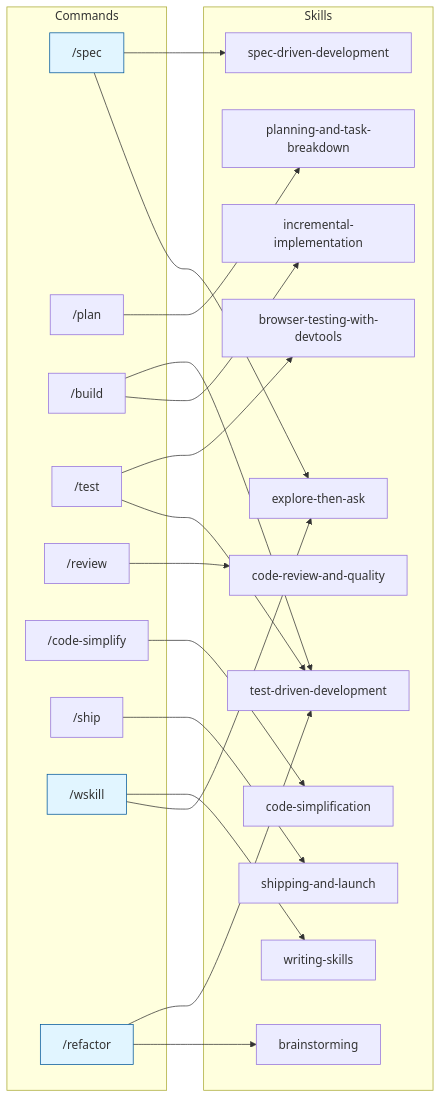
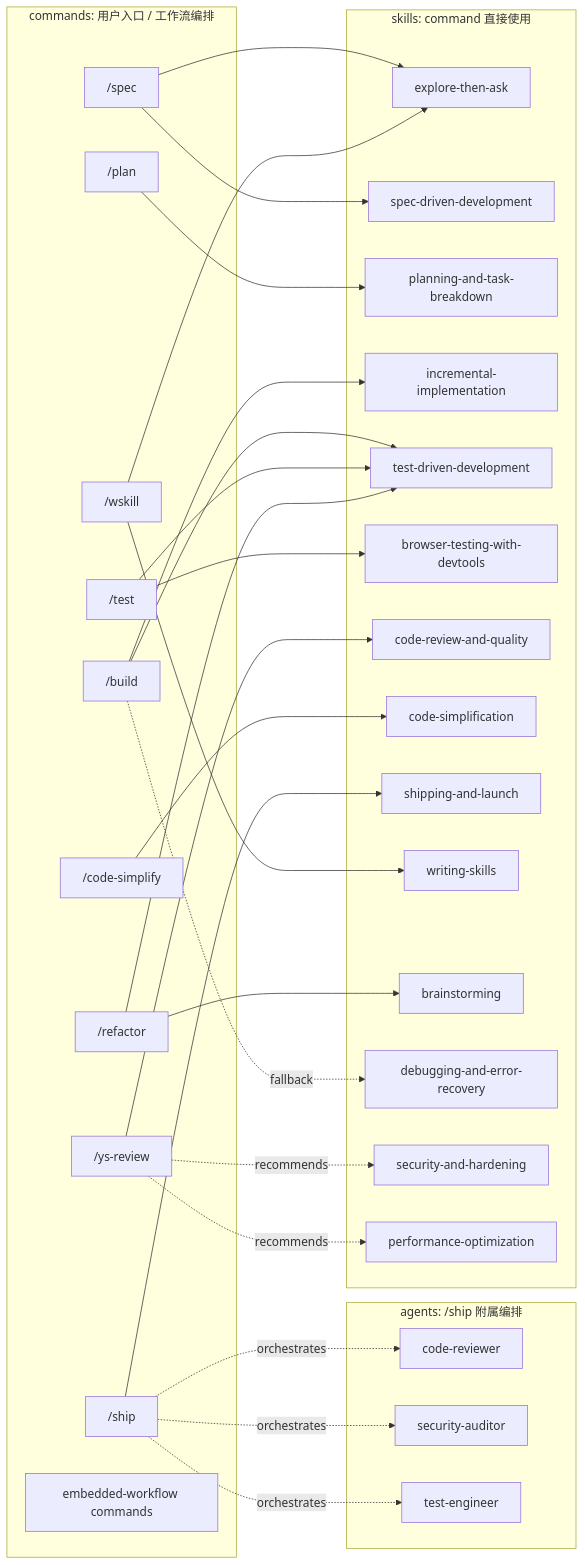
Before and after one commit to carl10086/ys-powers: the first of 2 diagrams in docs/power-dependencies.md, drawn with Mermaid. The commit also changed other lines of this file and 5 other files, not shown here.

````diff
--- a/docs/power-dependencies.md
+++ b/docs/power-dependencies.md
@@ -69,47 +84,60 @@
 ```mermaid
-graph LR
-    subgraph Commands
+flowchart LR
+    subgraph Commands["commands: 用户入口 / 工作流编排"]
         spec["/spec"]
         plan["/plan"]
         build["/build"]
         test["/test"]
-        review["/review"]
-        code-simplify["/code-simplify"]
+        ysReview["/ys-review"]
+        codeSimplify["/code-simplify"]
         ship["/ship"]
         wskill["/wskill"]
         refactor["/refactor"]
+        embedded["embedded-workflow commands"]
     end
 
-    subgraph Skills
+    subgraph Skills["skills: command 直接使用"]
         explore["explore-then-ask"]
         specdev["spec-driven-development"]
-        planTB["planning-and-task-breakdown"]
-        impl["incremental-implementation"]
+        planning["planning-and-task-breakdown"]
+        incremental["incremental-implementation"]
         tdd["test-driven-development"]
+        browser["browser-testing-with-devtools"]
         reviewSkill["code-review-and-quality"]
         simplify["code-simplification"]
-        shipSkill["shipping-and-launch"]
+        shipping["shipping-and-launch"]
         writing["writing-skills"]
-        brainstorm["brainstorming"]
-        browser["browser-testing-with-devtools"]
+        brainstorming["brainstorming"]
+        debug["debugging-and-error-recovery"]
+        sec["security-and-hardening"]
+        perf["performance-optimization"]
+    end
+
+    subgraph Agents["agents: /ship 附属编排"]
+        cr["code-reviewer"]
+        sa["security-auditor"]
+        te["test-engineer"]
     end
 
     spec --> explore
     spec --> specdev
-    plan --> planTB
-    build --> impl
+    plan --> planning
+    build --> incremental
     build --> tdd
     test --> tdd
     test --> browser
-    review --> reviewSkill
-    code-simplify --> simplify
-    ship --> shipSkill
+    ysReview --> reviewSkill
+    ysReview -. recommends .-> sec
+    ysReview -. recommends .-> perf
+    codeSimplify --> simplify
+    ship --> shipping
     wskill --> explore
     wskill --> writing
-    refactor --> brainstorm
+    refactor --> brainstorming
     refactor --> tdd
+    build -. fallback .-> debug
 
-    style spec fill:#e1f5ff,stroke:#01579b
-    style wskill fill:#e1f5ff,stroke:#01579b
-    style refactor fill:#e1f5ff,stroke:#01579b
+    ship -. orchestrates .-> cr
+    ship -. orchestrates .-> sa
+    ship -. orchestrates .-> te
 ```
````
